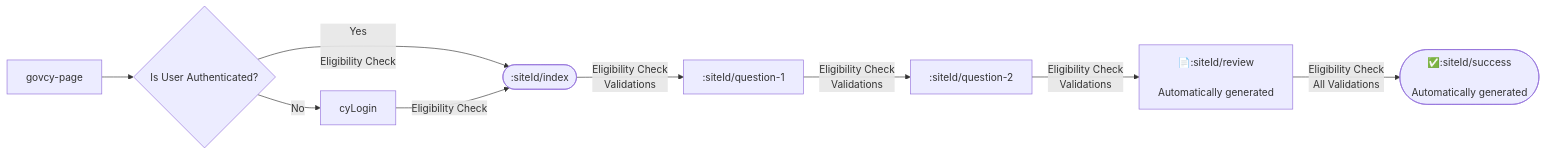
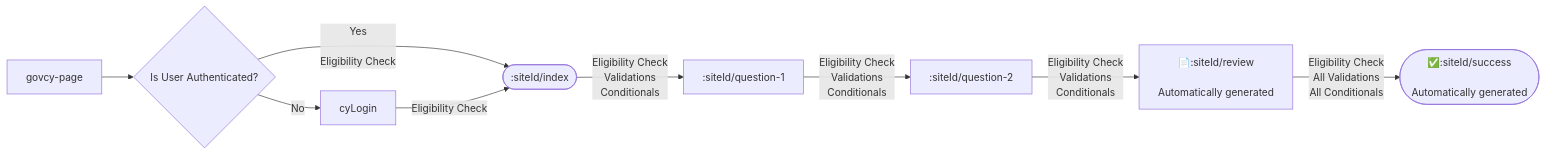
Before and after one commit to gov-cy/govcy-express-services: the first of 4 diagrams in README.md, drawn with Mermaid. The commit also changed other lines of this file and 14 other files, not shown here.

````diff
--- a/README.md
+++ b/README.md
@@ -161,12 +162,12 @@
 ```mermaid
 flowchart LR
     govcy-page --> isAuth{Is User Authenticated?}
     isAuth -- Yes<br><br> Eligibility Check --> index([:siteId/index])
     isAuth -- No --> cyLogin[cyLogin]
     cyLogin -- Eligibility Check --> index
-    index --  Eligibility Check<br> Validations --> question-1[:siteId/question-1]
-    question-1 --  Eligibility Check<br> Validations --> question-2[:siteId/question-2]
-    question-2 --  Eligibility Check<br> Validations --> review[📄:siteId/review <br> <br> Automatically generated]
-    review --  Eligibility Check<br> All Validations --> success([✅:siteId/success <br> <br> Automatically generated])
+    index --  Eligibility Check<br> Validations<br> Conditionals --> question-1[:siteId/question-1]
+    question-1 --  Eligibility Check<br> Validations<br> Conditionals --> question-2[:siteId/question-2]
+    question-2 --  Eligibility Check<br> Validations<br> Conditionals --> review[📄:siteId/review <br> <br> Automatically generated]
+    review --  Eligibility Check<br> All Validations<br> All Conditionals --> success([✅:siteId/success <br> <br> Automatically generated])
 
 ```
````
